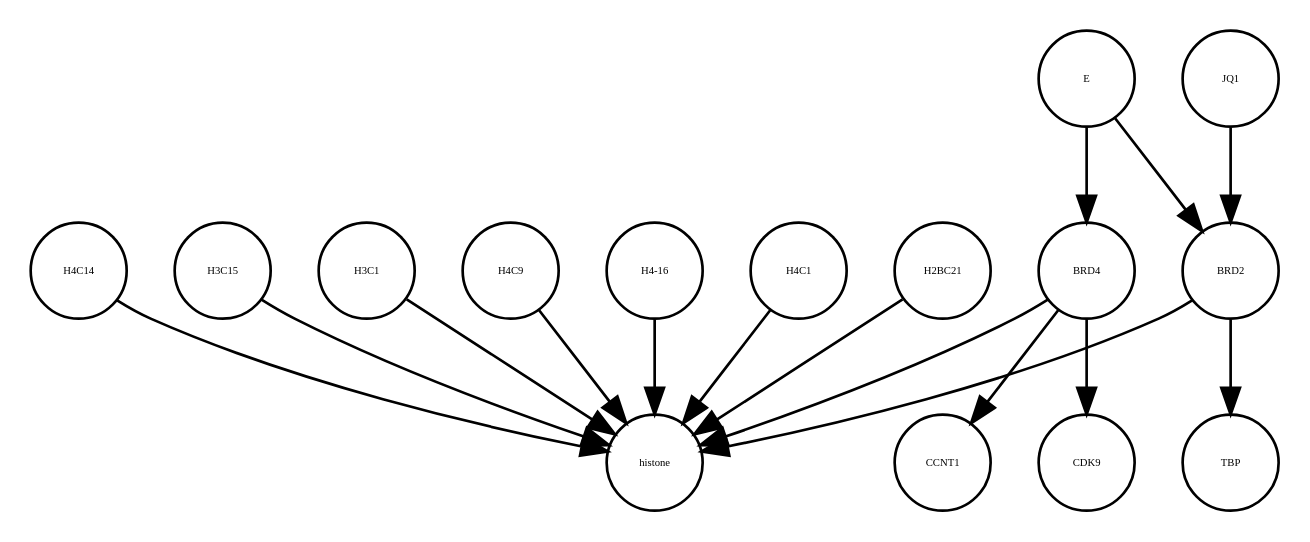
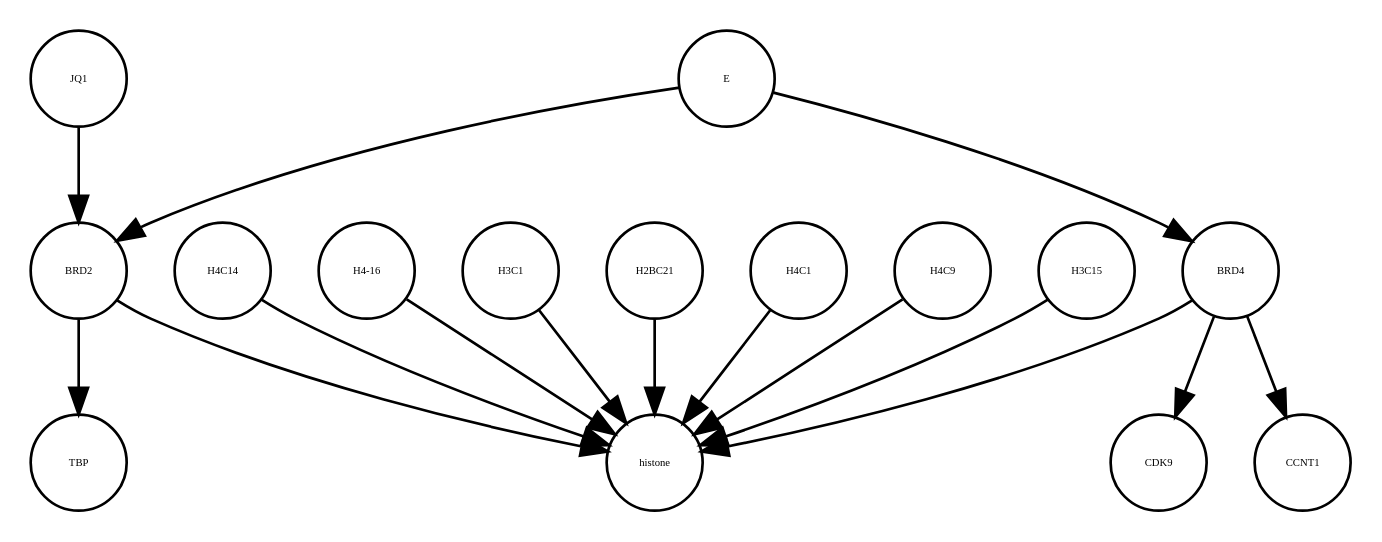
The diagram in E_SARS_CoV_2_21_05_2020.xml_projected.dot (cannin/covid19-sbgn), drawn with Graphviz before and after one commit. The commit also changed other lines of this file and 637 other files, not shown here.

```diff
--- a/E_SARS_CoV_2_21_05_2020.xml_projected.dot
+++ b/E_SARS_CoV_2_21_05_2020.xml_projected.dot
@@ -1,32 +1,32 @@
 strict digraph  {
-H3C15 [annotation="", bipartite=0, cls=macromolecule, fontsize=4, label=H3C15, shape=circle];
+CDK9 [annotation="", bipartite=0, cls=macromolecule, fontsize=4, label=CDK9, shape=circle];
+JQ1 [annotation="", bipartite=0, cls=macromolecule, fontsize=4, label=JQ1, shape=circle];
+H4C14 [annotation="", bipartite=0, cls=macromolecule, fontsize=4, label=H4C14, shape=circle];
+"H4-16" [annotation="", bipartite=0, cls=macromolecule, fontsize=4, label="H4-16", shape=circle];
 H3C1 [annotation="", bipartite=0, cls=macromolecule, fontsize=4, label=H3C1, shape=circle];
-H4C9 [annotation="", bipartite=0, cls=macromolecule, fontsize=4, label=H4C9, shape=circle];
-"H4-16" [annotation="", bipartite=0, cls=macromolecule, fontsize=4, label="H4-16", shape=circle];
-JQ1 [annotation="", bipartite=0, cls=macromolecule, fontsize=4, label=JQ1, shape=circle];
-H4C1 [annotation="", bipartite=0, cls=macromolecule, fontsize=4, label=H4C1, shape=circle];
-BRD4 [annotation="", bipartite=0, cls=macromolecule, fontsize=4, label=BRD4, shape=circle];
+BRD2 [annotation="", bipartite=0, cls=macromolecule, fontsize=4, label=BRD2, shape=circle];
 histone [annotation="", bipartite=0, cls=complex, fontsize=4, label=histone, shape=circle];
 H2BC21 [annotation="", bipartite=0, cls=macromolecule, fontsize=4, label=H2BC21, shape=circle];
+BRD4 [annotation="", bipartite=0, cls=macromolecule, fontsize=4, label=BRD4, shape=circle];
+H4C1 [annotation="", bipartite=0, cls=macromolecule, fontsize=4, label=H4C1, shape=circle];
+CCNT1 [annotation="", bipartite=0, cls=macromolecule, fontsize=4, label=CCNT1, shape=circle];
+H4C9 [annotation="", bipartite=0, cls=macromolecule, fontsize=4, label=H4C9, shape=circle];
 E [annotation=urn_miriam_ncbiprotein_BCD58755, bipartite=0, cls=macromolecule, fontsize=4, label=E, shape=circle];
+H3C15 [annotation="", bipartite=0, cls=macromolecule, fontsize=4, label=H3C15, shape=circle];
 TBP [annotation="", bipartite=0, cls=macromolecule, fontsize=4, label=TBP, shape=circle];
-CCNT1 [annotation="", bipartite=0, cls=macromolecule, fontsize=4, label=CCNT1, shape=circle];
-H4C14 [annotation="", bipartite=0, cls=macromolecule, fontsize=4, label=H4C14, shape=circle];
-BRD2 [annotation="", bipartite=0, cls=macromolecule, fontsize=4, label=BRD2, shape=circle];
-CDK9 [annotation="", bipartite=0, cls=macromolecule, fontsize=4, label=CDK9, shape=circle];
-H3C15 -> histone  [annotation="", interaction_type=production];
+JQ1 -> BRD2  [annotation="urn_miriam_doi_10.1038%2Fs41586-020-2286-9|urn_miriam_doi_10.1080%2F15592294.2018.1469891", interaction_type=inhibition];
+H4C14 -> histone  [annotation="", interaction_type=production];
+"H4-16" -> histone  [annotation="", interaction_type=production];
 H3C1 -> histone  [annotation="", interaction_type=production];
-H4C9 -> histone  [annotation="", interaction_type=production];
-"H4-16" -> histone  [annotation="", interaction_type=production];
-JQ1 -> BRD2  [annotation="urn_miriam_doi_10.1038%2Fs41586-020-2286-9|urn_miriam_doi_10.1080%2F15592294.2018.1469891", interaction_type=inhibition];
-H4C1 -> histone  [annotation="", interaction_type=production];
-BRD4 -> CDK9  [annotation=urn_miriam_taxonomy_10090, interaction_type=catalysis];
+BRD2 -> TBP  [annotation="urn_miriam_doi_10.1007%2Fs11010-006-9223-6", interaction_type=catalysis];
+BRD2 -> histone  [annotation="urn_miriam_doi_10.1038%2Fnsmb.3228.|urn_miriam_doi_10.1016%2Fj.molcel.2008.01.018", interaction_type=catalysis];
+H2BC21 -> histone  [annotation="", interaction_type=production];
 BRD4 -> CCNT1  [annotation="", interaction_type=catalysis];
 BRD4 -> histone  [annotation="urn_miriam_doi_10.1038%2Fnsmb.3228.|urn_miriam_doi_10.1016%2Fj.molcel.2008.01.018", interaction_type=catalysis];
-H2BC21 -> histone  [annotation="", interaction_type=production];
+BRD4 -> CDK9  [annotation=urn_miriam_taxonomy_10090, interaction_type=catalysis];
+H4C1 -> histone  [annotation="", interaction_type=production];
+H4C9 -> histone  [annotation="", interaction_type=production];
 E -> BRD4  [annotation="urn_miriam_doi_10.1038%2Fs41586-020-2286-9", interaction_type=inhibition];
 E -> BRD2  [annotation="urn_miriam_doi_10.1038%2Fs41586-020-2286-9|urn_miriam_doi_10.1080%2F15592294.2018.1469891", interaction_type=inhibition];
-H4C14 -> histone  [annotation="", interaction_type=production];
-BRD2 -> histone  [annotation="urn_miriam_doi_10.1038%2Fnsmb.3228.|urn_miriam_doi_10.1016%2Fj.molcel.2008.01.018", interaction_type=catalysis];
-BRD2 -> TBP  [annotation="urn_miriam_doi_10.1007%2Fs11010-006-9223-6", interaction_type=catalysis];
+H3C15 -> histone  [annotation="", interaction_type=production];
 }
```
